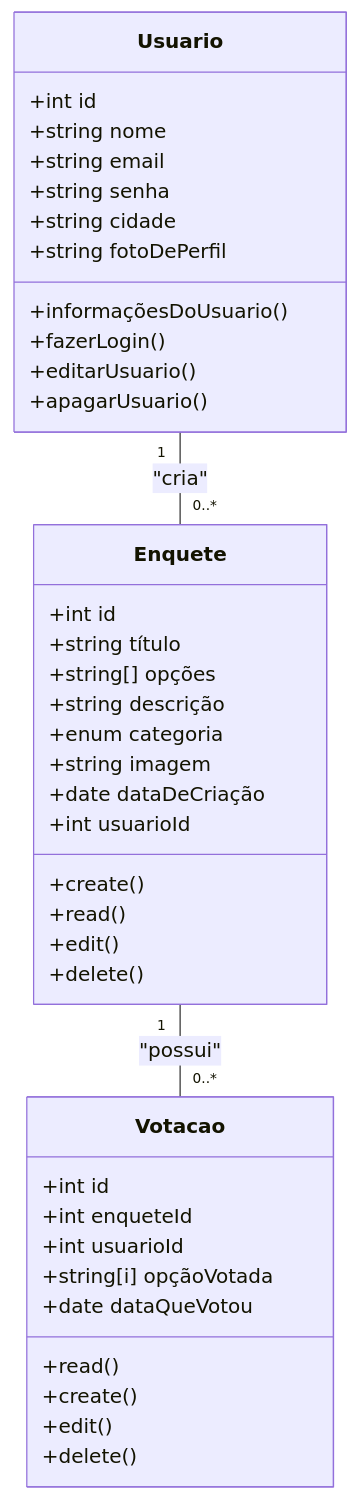
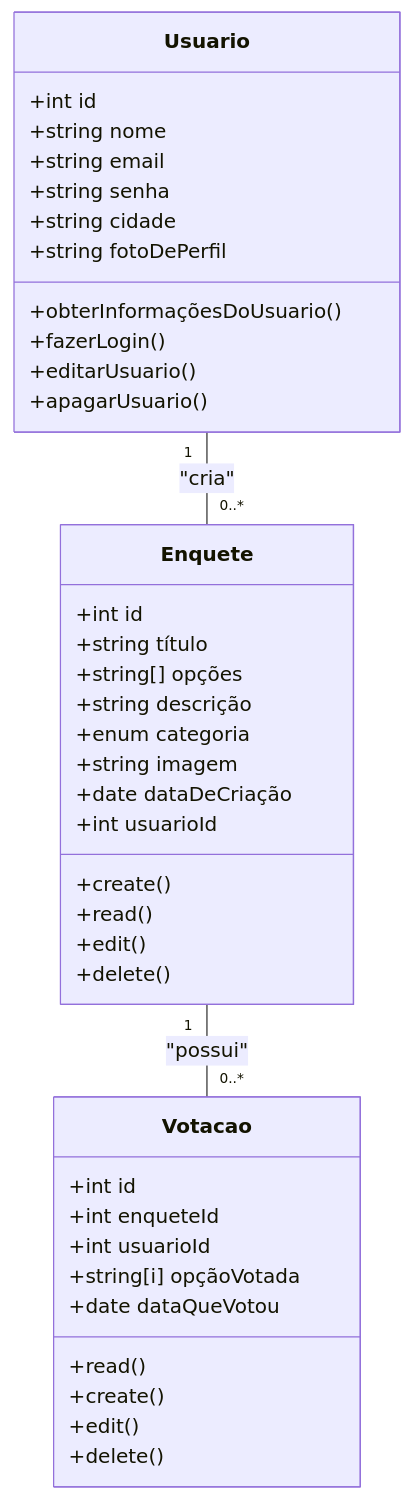
The second of 4 diagrams in README.md (epicestudar/Votefy), drawn with Mermaid before and after one commit.

````diff
--- a/README.md
+++ b/README.md
@@ -155,46 +155,46 @@
 ```mermaid
 classDiagram
     class Usuario {
         +int id
         +string nome
         +string email
         +string senha
         +string cidade
         +string fotoDePerfil
-        +informaçõesDoUsuario()
+        +obterInformaçõesDoUsuario()
         +fazerLogin()
         +editarUsuario()
         +apagarUsuario()
     }
 
     class Enquete {
         +int id
         +string título
         +string[] opções
         +string descrição
         +enum categoria
         +string imagem
         +date dataDeCriação
         +int usuarioId
         +create()
         +read()
         +edit()
         +delete()
     }
 
     class Votacao {
         +int id
         +int enqueteId
         +int usuarioId
         +string[i] opçãoVotada
         +date dataQueVotou
         +read()
         +create()
         +edit()
         +delete()
     }
 
     Usuario "1" -- "0..*" Enquete : "cria"
     Enquete "1" -- "0..*" Votacao : "possui"
 
 ```
````
